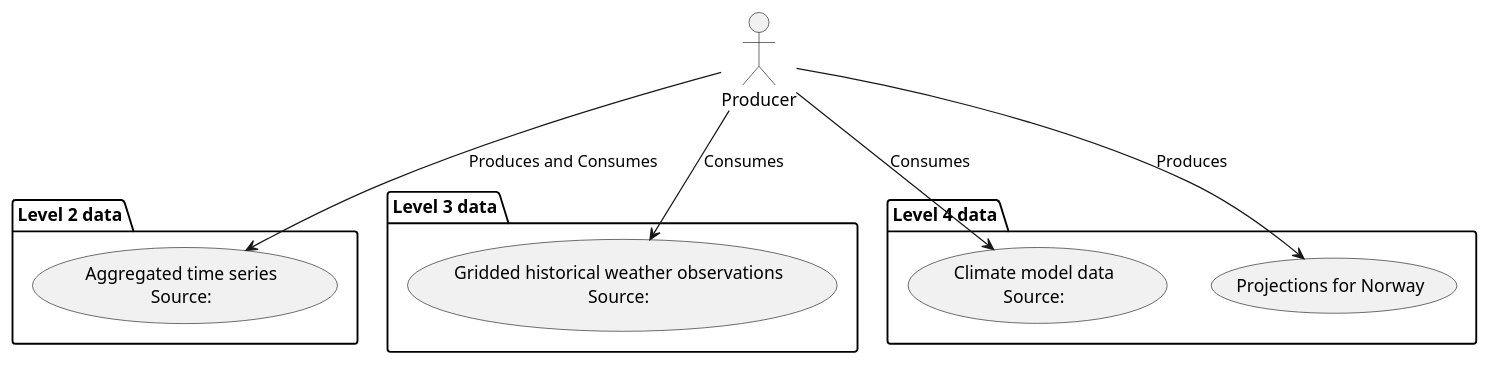
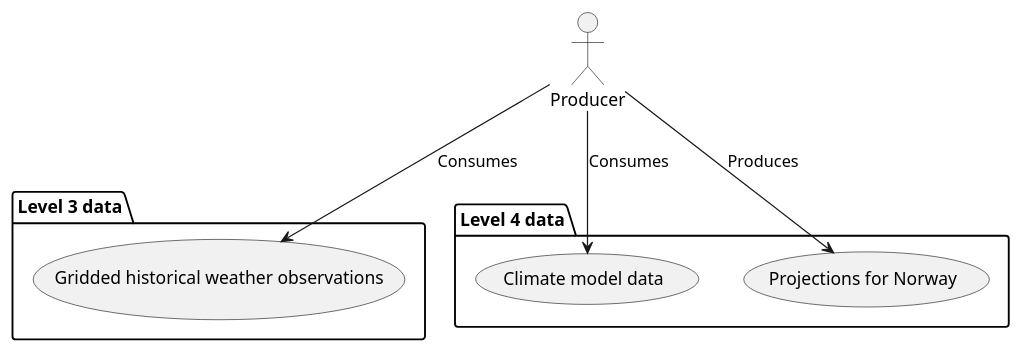
One commit to metno/S-ENDA-documentation changed the diagram in source/air_temperature_projection_producer.puml. Above: the diagram before and after it, drawn with PlantUML. The commit also changed 7 other files, not shown here.

```diff
--- a/source/air_temperature_projection_producer.puml
+++ b/source/air_temperature_projection_producer.puml
@@ -1,22 +1,18 @@
 @startuml
 
-package "Level 2 data" as L2 {
-  (Aggregated time series\nSource:) as (CD2)
-}
 package "Level 3 data" as L3 {
-  (Gridded historical weather observations\nSource:) as (CD3)
+  (Gridded historical weather observations) as (CD3)
 }
 
 package "Level 4 data" as L4 {
-  (Climate model data\nSource:) as (CD4)
+  (Climate model data) as (CD4)
   (Projections for Norway) as NK 
 }
 
 actor "Producer" as Producer
 
-Producer --> (CD2) : Produces and Consumes
 Producer --> (CD3) : Consumes
 Producer --> (CD4) : Consumes
 Producer --> (NK)  : Produces
 
 @enduml
```
